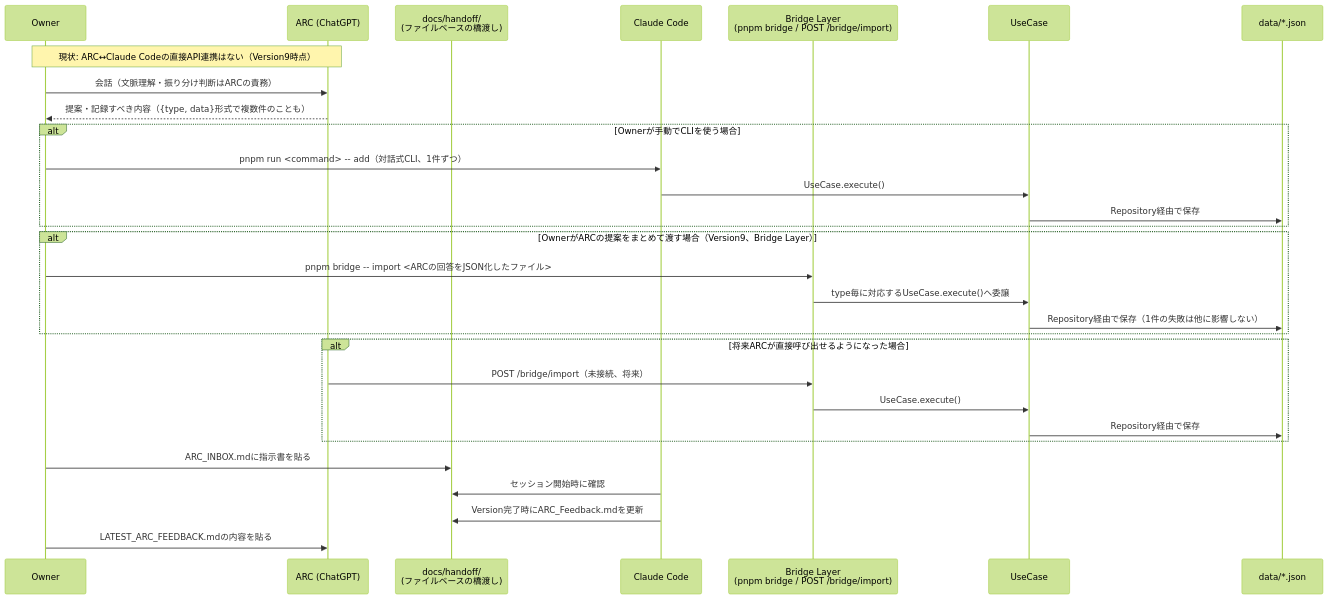
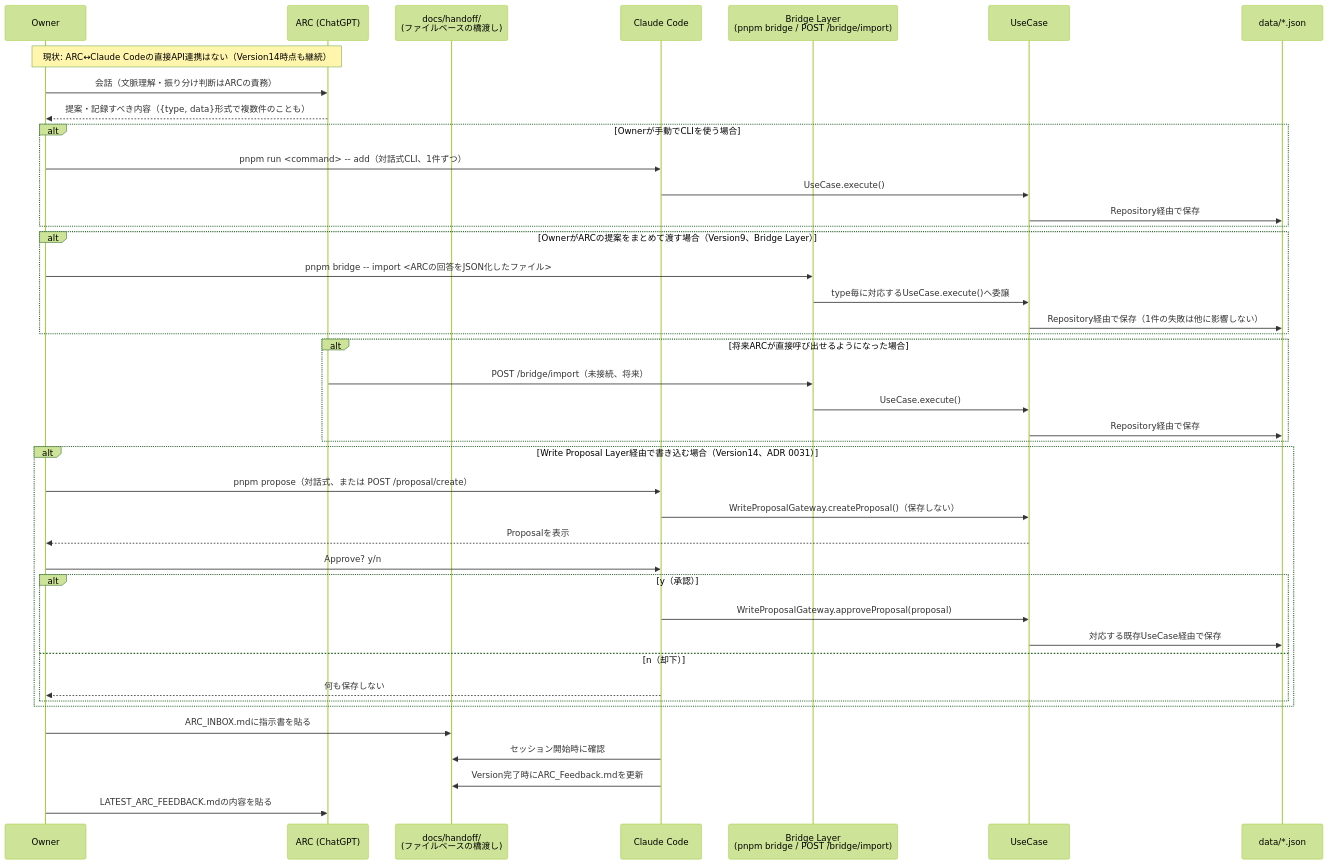
Before and after one commit to okano171013-ai/project-arc: the second of 3 diagrams in docs/architecture-diagram.md, drawn with Mermaid (forest theme). The commit also changed other lines of this file and 32 other files, not shown here.

First line of the commit message:
Version14: ARC Integration

````diff
--- a/docs/architecture-diagram.md
+++ b/docs/architecture-diagram.md
@@ -98,38 +112,51 @@
 ```mermaid
 sequenceDiagram
     participant Owner
     participant ARC as ARC (ChatGPT)
     participant Handoff as docs/handoff/<br/>(ファイルベースの橋渡し)
     participant CC as Claude Code
     participant Bridge as Bridge Layer<br/>(pnpm bridge / POST /bridge/import)
     participant UC as UseCase
     participant Data as data/*.json
 
-    Note over Owner,ARC: 現状: ARC↔Claude Codeの直接API連携はない（Version9時点）
+    Note over Owner,ARC: 現状: ARC↔Claude Codeの直接API連携はない（Version14時点も継続）
 
     Owner->>ARC: 会話（文脈理解・振り分け判断はARCの責務）
     ARC-->>Owner: 提案・記録すべき内容（{type, data}形式で複数件のことも）
 
     alt Ownerが手動でCLIを使う場合
         Owner->>CC: pnpm run <command> -- add（対話式CLI、1件ずつ）
         CC->>UC: UseCase.execute()
         UC->>Data: Repository経由で保存
     end
 
     alt OwnerがARCの提案をまとめて渡す場合（Version9、Bridge Layer）
         Owner->>Bridge: pnpm bridge -- import <ARCの回答をJSON化したファイル>
         Bridge->>UC: type毎に対応するUseCase.execute()へ委譲
         UC->>Data: Repository経由で保存（1件の失敗は他に影響しない）
     end
 
     alt 将来ARCが直接呼び出せるようになった場合
         ARC->>Bridge: POST /bridge/import（未接続、将来）
         Bridge->>UC: UseCase.execute()
         UC->>Data: Repository経由で保存
     end
 
+    alt Write Proposal Layer経由で書き込む場合（Version14、ADR 0031）
+        Owner->>CC: pnpm propose（対話式、または POST /proposal/create）
+        CC->>UC: WriteProposalGateway.createProposal()（保存しない）
+        UC-->>Owner: Proposalを表示
+        Owner->>CC: Approve? y/n
+        alt y（承認）
+            CC->>UC: WriteProposalGateway.approveProposal(proposal)
+            UC->>Data: 対応する既存UseCase経由で保存
+        else n（却下）
+            CC-->>Owner: 何も保存しない
+        end
+    end
+
     Owner->>Handoff: ARC_INBOX.mdに指示書を貼る
     CC->>Handoff: セッション開始時に確認
     CC->>Handoff: Version完了時にARC_Feedback.mdを更新
     Owner->>ARC: LATEST_ARC_FEEDBACK.mdの内容を貼る
 ```
````
